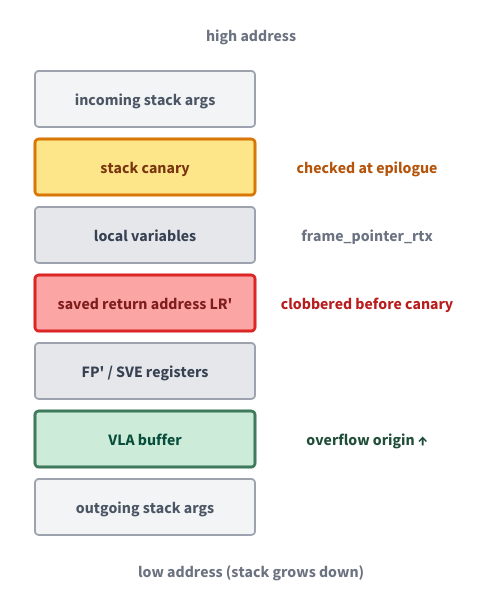
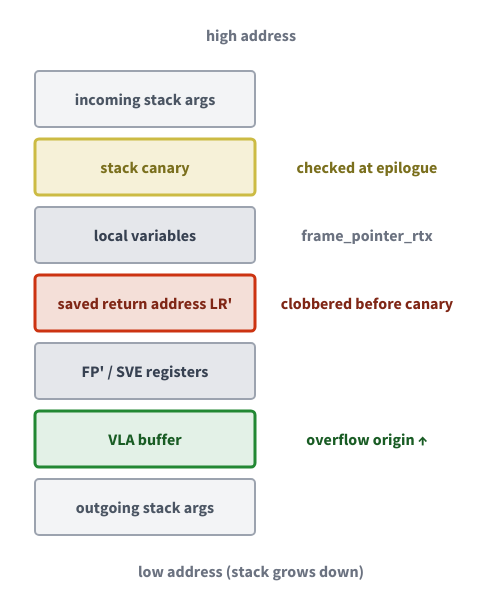
The diagram in docs/开题报告/assets/ch1-background/stack-layout.en.d2 (zjy-dev/de-fuzz), drawn with D2 before and after one commit. The commit also changed 42 other files, not shown here.

First line of the commit message:
docs: unify proposal figure palette

```diff
--- a/docs/开题报告/assets/ch1-background/stack-layout.en.d2
+++ b/docs/开题报告/assets/ch1-background/stack-layout.en.d2
@@ -1,130 +1,130 @@
 # Figure 1 — CVE-2023-4039 buggy stack-frame layout (English)
 # render: d2 --layout=dagre --pad=24 stack-layout.en.d2 stack-layout.en.svg
 # Simplified from the GCC aarch64 backend comment (aarch64.cc): only the slots
 # relevant to the CVE are highlighted; the rest are kept as plain context.
 
 direction: down
 
 outer: "" {
   grid-rows: 3
   grid-columns: 1
   grid-gap: 12
   style: { fill: transparent; stroke: transparent }
 
   hi: "high address" {
     width: 432
     height: 24
     style: { fill: transparent; stroke: transparent; font-color: "#6B7280"; italic: true }
   }
 
   frame: "" {
     grid-rows: 7
     grid-columns: 2
     grid-gap: 12
     style: { fill: transparent; stroke: transparent }
 
     incoming: "incoming stack args" {
     width: 220
     height: 56
     style: {
       fill: "#F3F4F6"; stroke: "#9CA3AF"; stroke-width: 2
       font-color: "#4B5563"; border-radius: 4
     }
   }
   incoming-note: "" { width: 1; height: 1; style: { fill: transparent; stroke: transparent } }
 
   canary: "stack canary" {
     width: 220
     height: 56
     style: {
-      fill: "#FDE68A"; stroke: "#D97706"; stroke-width: 3
-      font-color: "#78350F"; border-radius: 4; bold: true
+      fill: "#F6F1D8"; stroke: "#CCBB44"; stroke-width: 3
+      font-color: "#7A6F1D"; border-radius: 4; bold: true
     }
   }
   canary-note: "checked at epilogue" {
     width: 200
     height: 56
     style: {
       fill: transparent; stroke: transparent
-      font-color: "#B45309"; italic: true
+      font-color: "#7A6F1D"; italic: true
     }
   }
 
   locals: "local variables" {
     width: 220
     height: 56
     style: {
       fill: "#E5E7EB"; stroke: "#9CA3AF"; stroke-width: 2
       font-color: "#374151"; border-radius: 4
     }
   }
   locals-note: "frame_pointer_rtx" {
     width: 200
     height: 56
     style: {
       fill: transparent; stroke: transparent
       font-color: "#6B7280"; italic: true
     }
   }
 
   retaddr: "saved return address LR'" {
     width: 220
     height: 56
     style: {
-      fill: "#FCA5A5"; stroke: "#DC2626"; stroke-width: 3
-      font-color: "#7F1D1D"; border-radius: 4; bold: true
+      fill: "#F4DFD8"; stroke: "#CC3311"; stroke-width: 3
+      font-color: "#7F2615"; border-radius: 4; bold: true
     }
   }
   retaddr-note: "clobbered before canary" {
     width: 200
     height: 56
     style: {
       fill: transparent; stroke: transparent
-      font-color: "#B91C1C"; italic: true
+      font-color: "#7F2615"; italic: true
     }
   }
 
   fpsve: "FP' / SVE registers" {
     width: 220
     height: 56
     style: {
       fill: "#E5E7EB"; stroke: "#9CA3AF"; stroke-width: 2
       font-color: "#374151"; border-radius: 4
     }
   }
   fpsve-note: "" { width: 1; height: 1; style: { fill: transparent; stroke: transparent } }
 
   vla: "VLA buffer" {
     width: 220
     height: 56
     style: {
-      fill: "#CDEBD9"; stroke: "#3F7A5C"; stroke-width: 3
-      font-color: "#064E3B"; border-radius: 4; bold: true
+      fill: "#E3F1E7"; stroke: "#228833"; stroke-width: 3
+      font-color: "#195C24"; border-radius: 4; bold: true
     }
   }
   vla-note: "overflow origin ↑" {
     width: 200
     height: 56
     style: {
       fill: transparent; stroke: transparent
-      font-color: "#1F4D38"; italic: true
+      font-color: "#195C24"; italic: true
     }
   }
 
   outgoing: "outgoing stack args" {
     width: 220
     height: 56
     style: {
       fill: "#F3F4F6"; stroke: "#9CA3AF"; stroke-width: 2
       font-color: "#4B5563"; border-radius: 4
     }
   }
     outgoing-note: "" { width: 1; height: 1; style: { fill: transparent; stroke: transparent } }
   }
 
   lo: "low address (stack grows down)" {
     width: 432
     height: 24
     style: { fill: transparent; stroke: transparent; font-color: "#6B7280"; italic: true }
   }
 }
```
